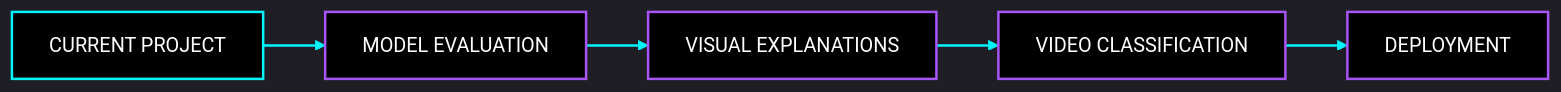
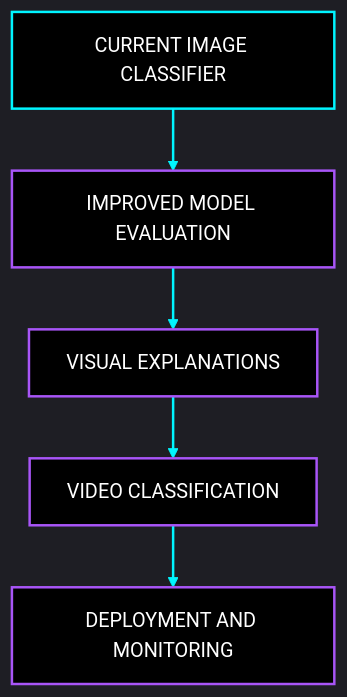
The third of 3 diagrams in README.md (govardhan-goud123/Wildfire_Detection), drawn with Mermaid before and after one commit. The commit also changed other lines of this file, not shown here.

````diff
--- a/README.md
+++ b/README.md
@@ -218,16 +379,16 @@
 ```mermaid
-%%{init: {"theme":"dark","themeVariables":{"background":"#000000","primaryColor":"#050505","primaryTextColor":"#FFFFFF","primaryBorderColor":"#00F5FF","lineColor":"#A855F7","secondaryColor":"#080808","tertiaryColor":"#000000","edgeLabelBackground":"#000000","fontFamily":"monospace"}}}%%
-flowchart LR
-    A["CURRENT PROJECT"] --> B["MODEL EVALUATION"]
+%%{init: {"theme":"dark","themeVariables":{"background":"#000000","primaryColor":"#000000","primaryTextColor":"#FFFFFF","primaryBorderColor":"#00F5FF","lineColor":"#A855F7","edgeLabelBackground":"#000000","fontFamily":"monospace"}}}%%
+flowchart TD
+    A["CURRENT IMAGE CLASSIFIER"] --> B["IMPROVED MODEL EVALUATION"]
     B --> C["VISUAL EXPLANATIONS"]
     C --> D["VIDEO CLASSIFICATION"]
-    D --> E["DEPLOYMENT"]
+    D --> E["DEPLOYMENT AND MONITORING"]
 
     classDef current fill:#000000,stroke:#00F5FF,color:#FFFFFF,stroke-width:2px
     classDef future fill:#000000,stroke:#A855F7,color:#FFFFFF,stroke-width:2px
 
     class A current
     class B,C,D,E future
 
     linkStyle default stroke:#00F5FF,stroke-width:2px
 ```
````
